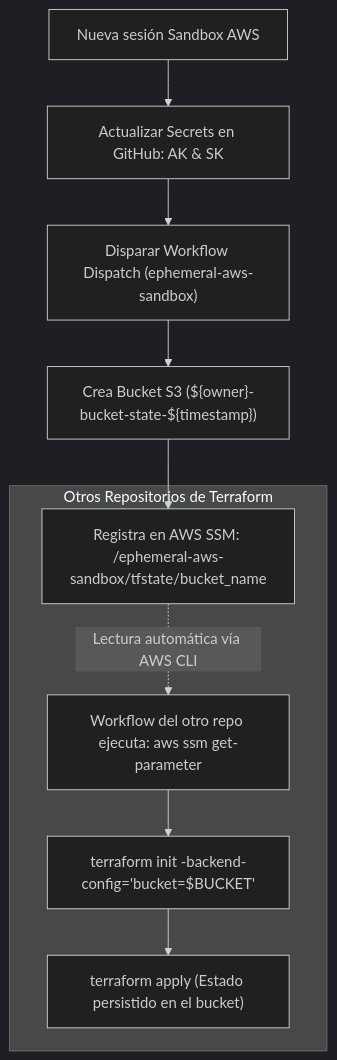
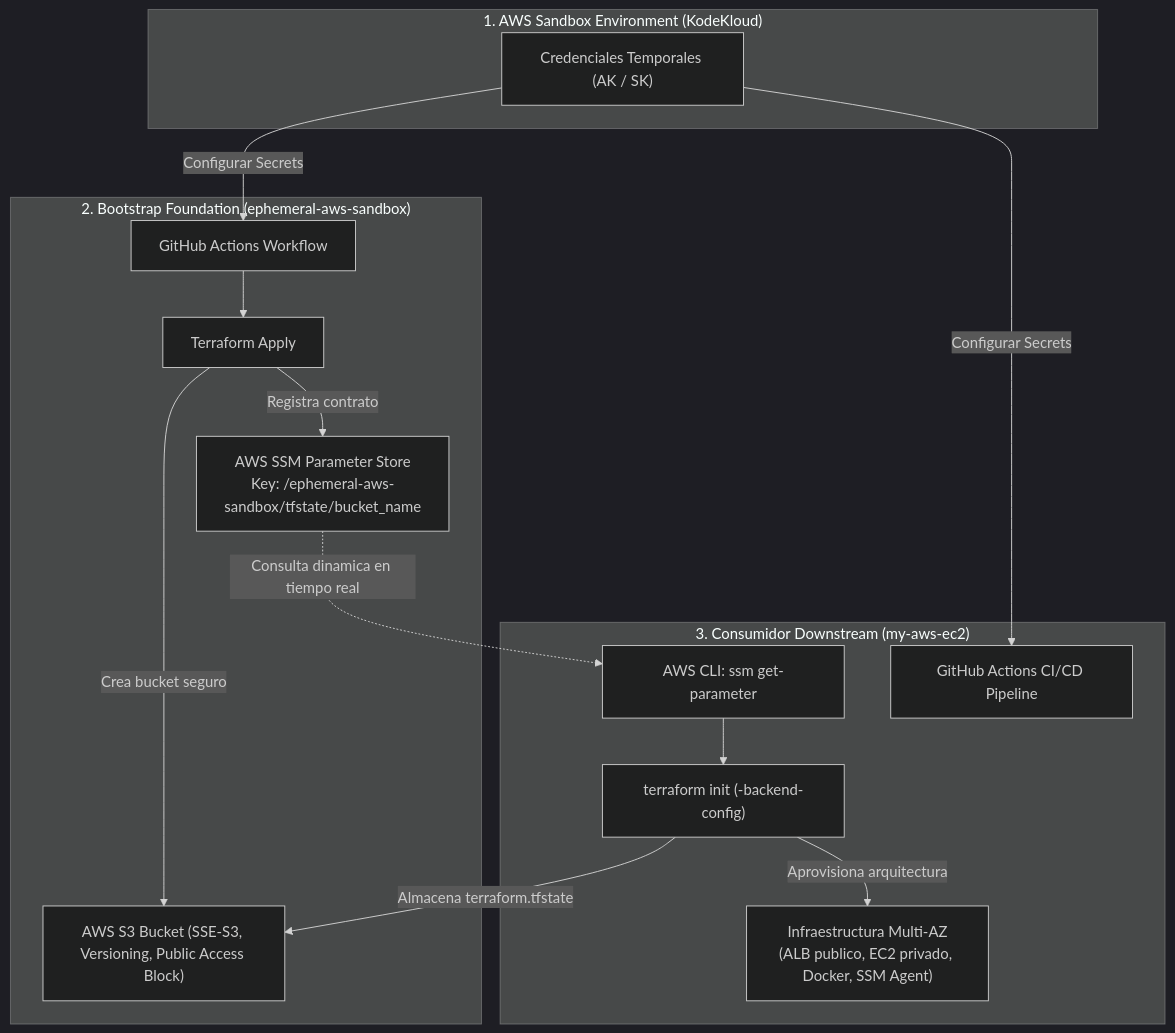
The diagram in README.md (feversani-labs/ephemeral-aws-sandbox), drawn with Mermaid (dark theme) before and after one commit. The commit also changed other lines of this file and 7 other files, not shown here.

Commit message:
feat: set working directory for terraform in workflow and update documentation

````diff
--- a/README.md
+++ b/README.md
@@ -40,13 +51,30 @@
 ```mermaid
 flowchart TD
-    A[Nueva sesión Sandbox AWS] --> B[Actualizar Secrets en GitHub: AK & SK]
-    B --> C["Disparar Workflow Dispatch (ephemeral-aws-sandbox)"]
-    C --> D["Crea Bucket S3 (${owner}-bucket-state-${timestamp})"]
-    D --> E["Registra en AWS SSM: /ephemeral-aws-sandbox/tfstate/bucket_name"]
-    
-    subgraph Otros Repositorios de Terraform
-        E -. Lectura automática vía AWS CLI .-> F["Workflow del otro repo ejecuta: aws ssm get-parameter"]
-        F --> G["terraform init -backend-config='bucket=$BUCKET'"]
-        G --> H["terraform apply (Estado persistido en el bucket)"]
+    subgraph Sandbox["1. AWS Sandbox Environment (KodeKloud)"]
+        Creds["Credenciales Temporales (AK / SK)"]
     end
+
+    subgraph Bootstrap["2. Bootstrap Foundation (ephemeral-aws-sandbox)"]
+        GH1["GitHub Actions Workflow"]
+        TF1["Terraform Apply"]
+        S3["AWS S3 Bucket (SSE-S3, Versioning, Public Access Block)"]
+        SSM["AWS SSM Parameter Store\nKey: /ephemeral-aws-sandbox/tfstate/bucket_name"]
+    end
+
+    subgraph Downstream["3. Consumidor Downstream (my-aws-ec2)"]
+        GH2["GitHub Actions CI/CD Pipeline"]
+        CLI["AWS CLI: ssm get-parameter"]
+        TF2["terraform init (-backend-config)"]
+        Infra["Infraestructura Multi-AZ\n(ALB publico, EC2 privado, Docker, SSM Agent)"]
+    end
+
+    Creds -->|"Configurar Secrets"| GH1
+    Creds -->|"Configurar Secrets"| GH2
+    GH1 --> TF1
+    TF1 -->|"Crea bucket seguro"| S3
+    TF1 -->|"Registra contrato"| SSM
+    SSM -.->|"Consulta dinamica en tiempo real"| CLI
+    CLI --> TF2
+    TF2 -->|"Almacena terraform.tfstate"| S3
+    TF2 -->|"Aprovisiona arquitectura"| Infra
 ```
````
